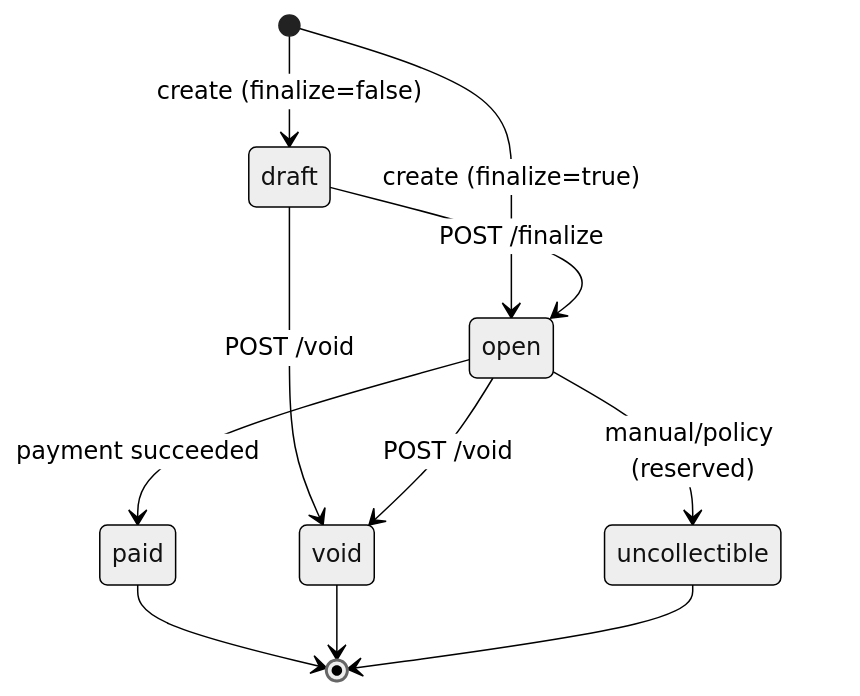
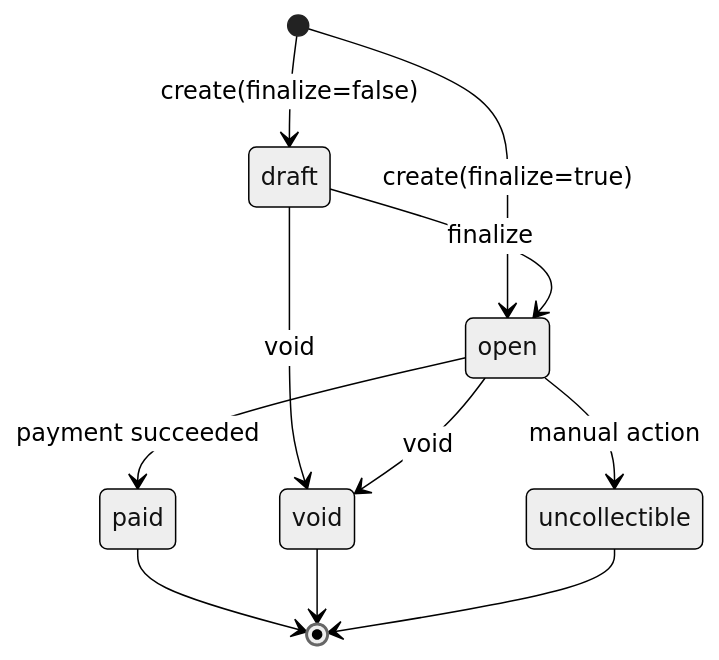
Before and after one commit to Harsh-af/dodo-invoice-payment: the second of 2 diagrams in DESIGN.md, drawn with Mermaid (neutral theme). The commit also changed other lines of this file, not shown here.

````diff
--- a/DESIGN.md
+++ b/DESIGN.md
@@ -40,13 +99,16 @@
 ```mermaid
 stateDiagram-v2
-    [*] --> draft: create (finalize=false)
-    [*] --> open: create (finalize=true)
-    draft --> open: POST /finalize
-    draft --> void: POST /void
-    open --> paid: payment succeeded
-    open --> void: POST /void
-    open --> uncollectible: manual/policy (reserved)
+    [*] --> draft : create(finalize=false)
+    [*] --> open : create(finalize=true)
+
+    draft --> open : finalize
+    draft --> void : void
+
+    open --> paid : payment succeeded
+    open --> void : void
+    open --> uncollectible : manual action
+
     paid --> [*]
     void --> [*]
     uncollectible --> [*]
 ```
````
